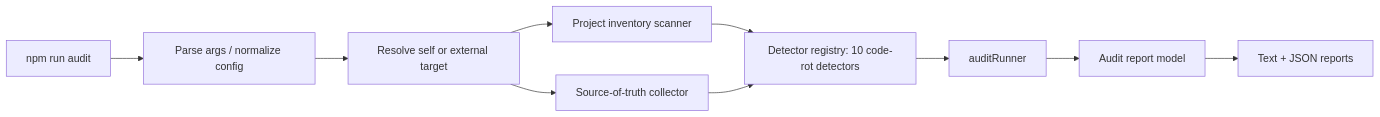
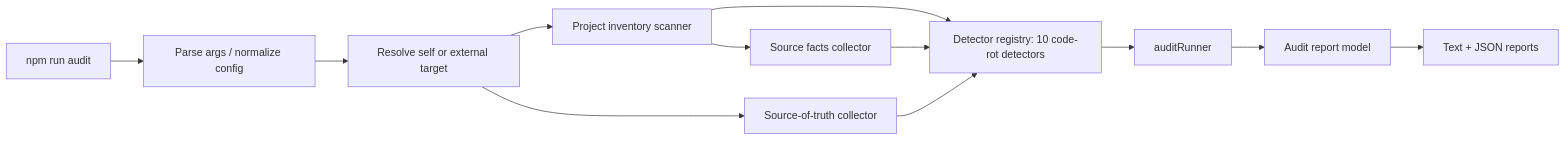
One commit to dailephd/my-dev-kit-lab changed the fourth of 4 diagrams in docs/ARCHITECTURE.md. Above: the diagram before and after it, drawn with Mermaid. The commit also changed other lines of this file and 43 other files, not shown here.

````diff
--- a/docs/ARCHITECTURE.md
+++ b/docs/ARCHITECTURE.md
@@ -148,12 +148,14 @@
 ```mermaid
 flowchart LR
   Command[npm run audit] --> Config[Parse args / normalize config]
   Config --> Target[Resolve self or external target]
   Target --> Inventory[Project inventory scanner]
+  Inventory --> Facts[Source facts collector]
   Target --> SoT[Source-of-truth collector]
   Inventory --> Registry[Detector registry: 10 code-rot detectors]
+  Facts --> Registry
   SoT --> Registry
   Registry --> Runner[auditRunner]
   Runner --> Model[Audit report model]
   Model --> Reports[Text + JSON reports]
 ```
````
